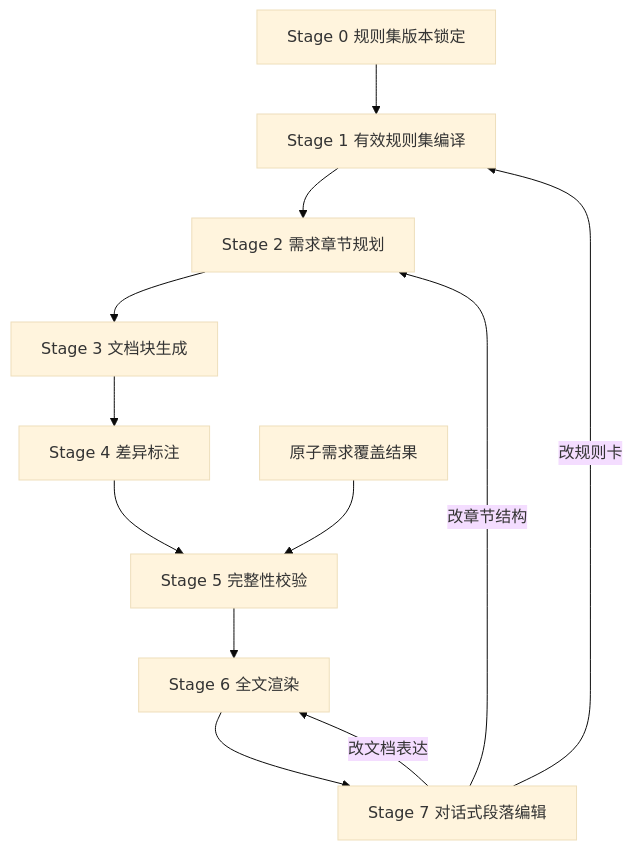
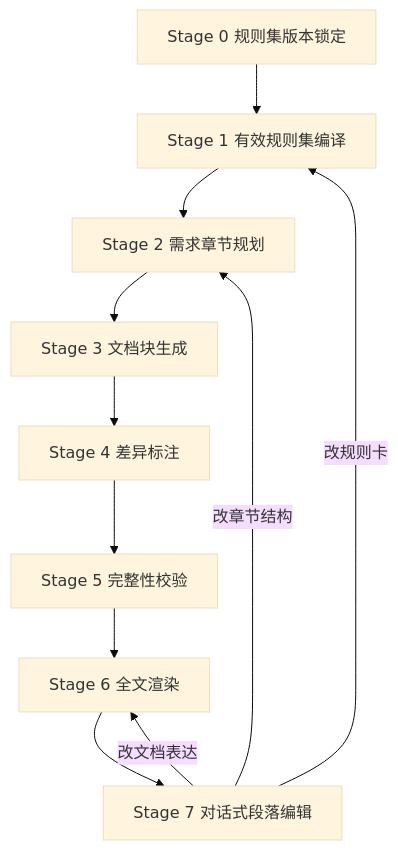
Before and after one commit to mickorz/MahjongRuleKB: the diagram in dev-docs/design/2026-11-24-需求全文生成与变体差异标注.md, drawn with Mermaid (base theme). The commit also changed other lines of this file and 3 other files, not shown here.

````diff
--- a/dev-docs/design/2026-11-24-需求全文生成与变体差异标注.md
+++ b/dev-docs/design/2026-11-24-需求全文生成与变体差异标注.md
@@ -210,14 +231,13 @@
 ```mermaid
 flowchart TB
     S0[Stage 0 规则集版本锁定] --> S1[Stage 1 有效规则集编译]
     S1 --> S2[Stage 2 需求章节规划]
     S2 --> S3[Stage 3 文档块生成]
     S3 --> S4[Stage 4 差异标注]
     S4 --> S5[Stage 5 完整性校验]
     S5 --> S6[Stage 6 全文渲染]
     S6 --> S7[Stage 7 对话式段落编辑]
     S7 -->|改规则卡| S1
     S7 -->|改文档表达| S6
     S7 -->|改章节结构| S2
-    REQ[原子需求覆盖结果] --> S5
 ```
````
